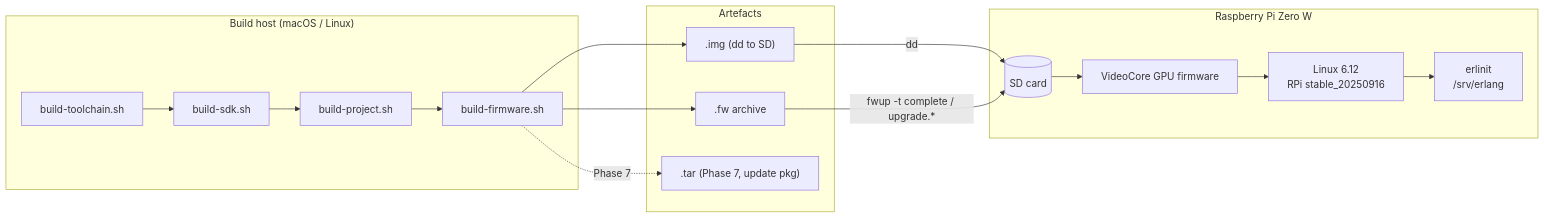
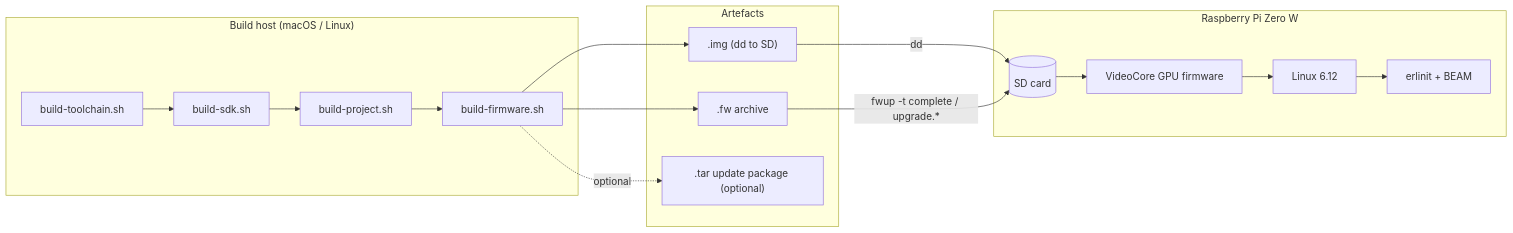
One commit to grisp/grisp_alloy changed the first of 7 diagrams in docs/system_rpi0w.md. Above: the diagram before and after it, drawn with Mermaid. The commit also changed other lines of this file and 1 other file, not shown here.

Commit message:
Focus system_rpi0w design doc on decisions and runtime behaviour

````diff
--- a/docs/system_rpi0w.md
+++ b/docs/system_rpi0w.md
@@ -35,27 +35,27 @@
 ```mermaid
 flowchart LR
     subgraph Host["Build host (macOS / Linux)"]
         T[build-toolchain.sh]
         S[build-sdk.sh]
         P[build-project.sh]
         F[build-firmware.sh]
         T --> S --> P --> F
     end
     subgraph Artefacts
         FW[".fw archive"]
         IMG[".img (dd to SD)"]
-        TAR[".tar (Phase 7, update pkg)"]
+        TAR[".tar update package (optional)"]
     end
     F --> FW
     F --> IMG
-    F -. Phase 7 .-> TAR
+    F -. optional .-> TAR
     subgraph Device["Raspberry Pi Zero W"]
         SD[(SD card)]
         VC["VideoCore GPU firmware"]
-        K["Linux 6.12<br/>RPi stable_20250916"]
-        E["erlinit<br/>/srv/erlang"]
+        K["Linux 6.12"]
+        E["erlinit + BEAM"]
         SD --> VC --> K --> E
     end
     IMG -->|dd| SD
     FW -->|fwup -t complete / upgrade.*| SD
 ```
````
